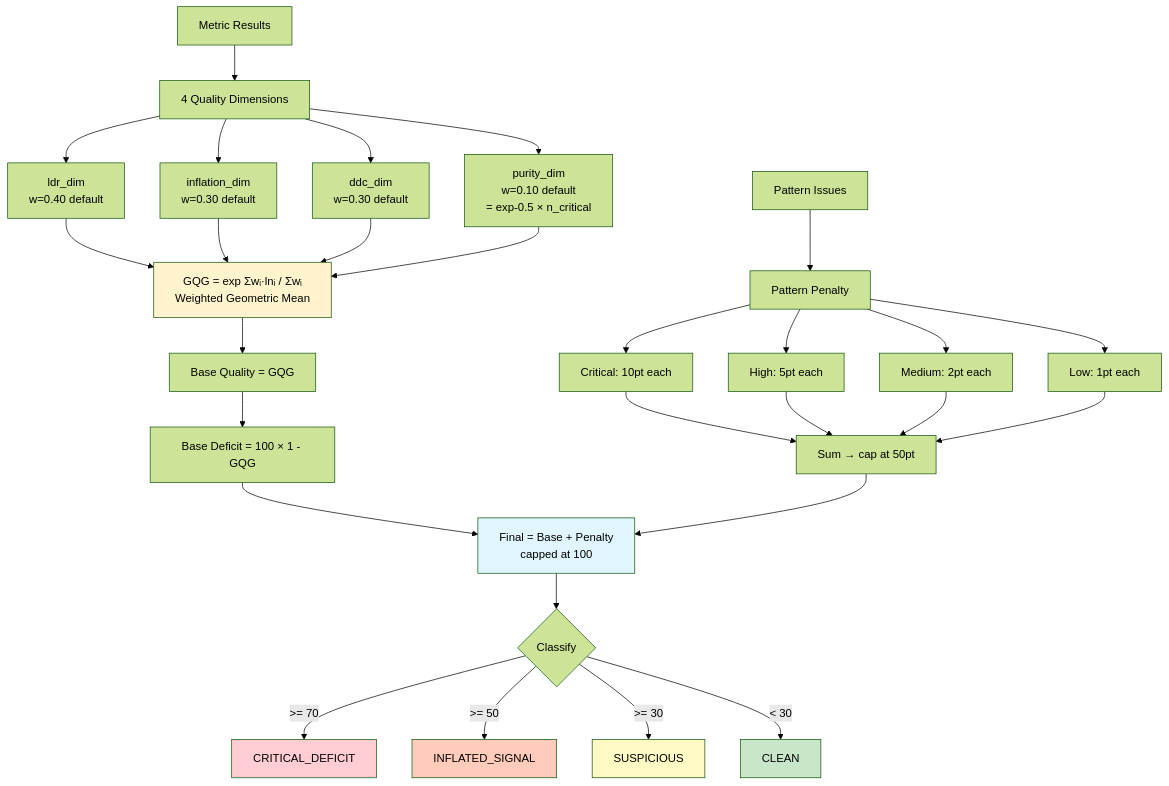
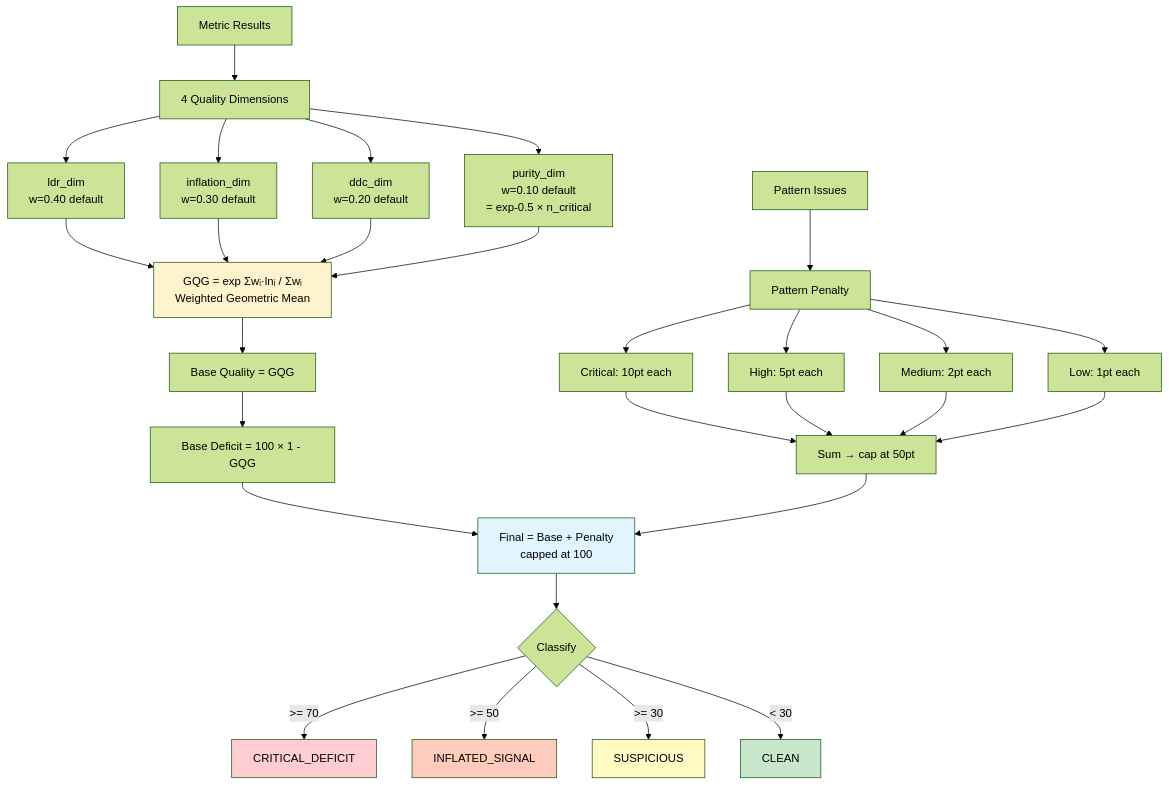
The sixth of 14 diagrams in docs/HOW_IT_WORKS.md (flamehaven01/AI-SLOP-Detector), drawn with Mermaid (forest theme) before and after one commit. The commit also changed other lines of this file and 7 other files, not shown here.

````diff
--- a/docs/HOW_IT_WORKS.md
+++ b/docs/HOW_IT_WORKS.md
@@ -245,44 +247,44 @@
 ```mermaid
 flowchart TD
     A[Metric Results] --> B[4 Quality Dimensions]
 
     B --> C[ldr_dim<br/>w=0.40 default]
     B --> D[inflation_dim<br/>w=0.30 default]
-    B --> E[ddc_dim<br/>w=0.30 default]
+    B --> E[ddc_dim<br/>w=0.20 default]
     B --> PUR[purity_dim<br/>w=0.10 default<br/>= exp-0.5 × n_critical]
 
     C --> F[GQG = exp Σwᵢ·lnᵢ / Σwᵢ<br/>Weighted Geometric Mean]
     D --> F
     E --> F
     PUR --> F
 
     F --> G[Base Quality = GQG]
     G --> H[Base Deficit = 100 × 1 - GQG]
 
     I[Pattern Issues] --> J[Pattern Penalty]
     J --> K[Critical: 10pt each]
     J --> L[High: 5pt each]
     J --> M[Medium: 2pt each]
     J --> N[Low: 1pt each]
 
     K --> O[Sum → cap at 50pt]
     L --> O
     M --> O
     N --> O
 
     H --> Q[Final = Base + Penalty<br/>capped at 100]
     O --> Q
 
     Q --> S{Classify}
     S -->|>= 70| T[CRITICAL_DEFICIT]
     S -->|>= 50| TT[INFLATED_SIGNAL]
     S -->|>= 30| U[SUSPICIOUS]
     S -->|< 30| V[CLEAN]
 
     style T fill:#ffcdd2
     style TT fill:#ffccbc
     style U fill:#fff9c4
     style V fill:#c8e6c9
     style Q fill:#e1f5ff
     style F fill:#fff3cd
 ```
````
